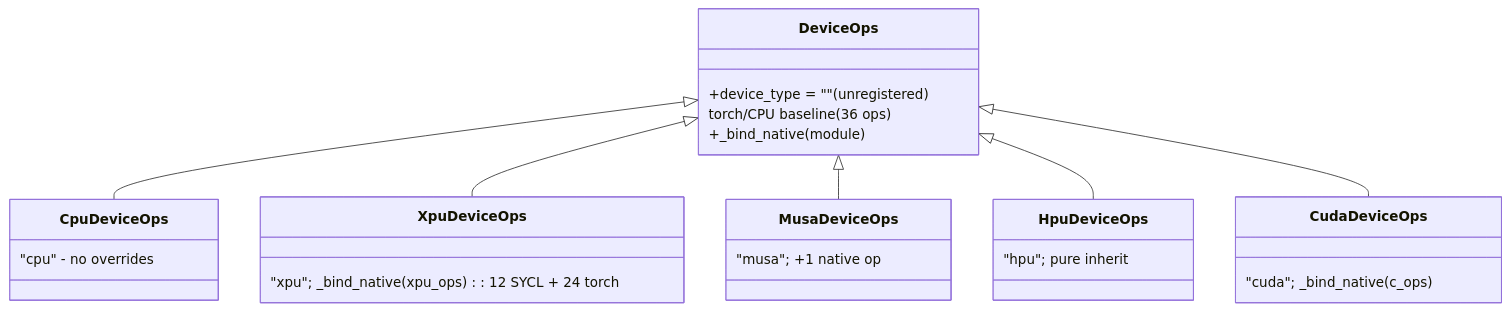
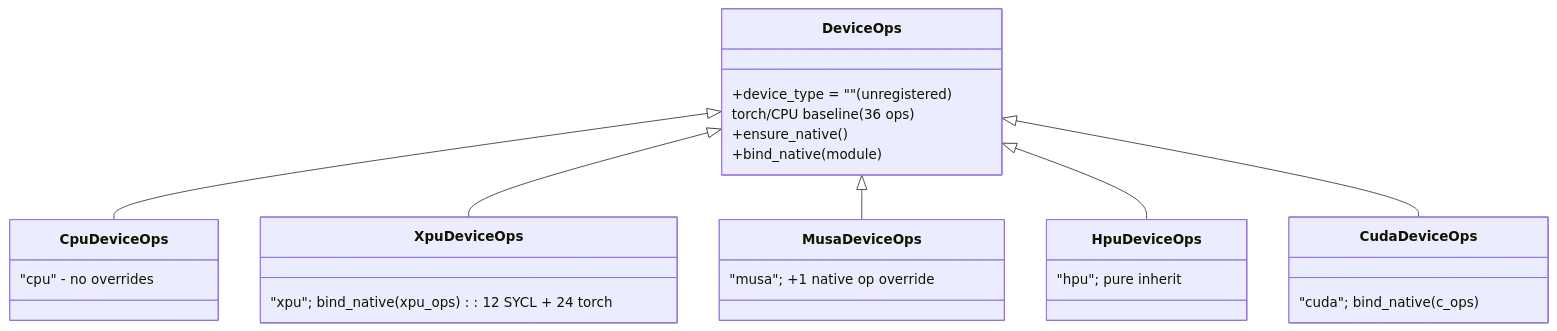
Before and after one commit to LMCache/LMCache: the diagram in docs/design/v1/platform/device_ops_design.md, drawn with Mermaid. The commit also changed other lines of this file and 12 other files, not shown here.

````diff
--- a/docs/design/v1/platform/device_ops_design.md
+++ b/docs/design/v1/platform/device_ops_design.md
@@ -158,18 +153,19 @@
 ```mermaid
 classDiagram
     DeviceOps <|-- CpuDeviceOps
     DeviceOps <|-- XpuDeviceOps
     DeviceOps <|-- MusaDeviceOps
     DeviceOps <|-- HpuDeviceOps
     DeviceOps <|-- CudaDeviceOps
     class DeviceOps {
       +device_type = "" (unregistered)
       torch/CPU baseline (36 ops)
-      +_bind_native(module)
+      +ensure_native()
+      +bind_native(module)
     }
     class CpuDeviceOps { "cpu" - no overrides }
-    class CudaDeviceOps { "cuda"; _bind_native(c_ops) }
-    class XpuDeviceOps { "xpu"; _bind_native(xpu_ops): 12 SYCL + 24 torch }
-    class MusaDeviceOps { "musa"; +1 native op }
+    class CudaDeviceOps { "cuda"; bind_native(c_ops) }
+    class XpuDeviceOps { "xpu"; bind_native(xpu_ops): 12 SYCL + 24 torch }
+    class MusaDeviceOps { "musa"; +1 native op override }
     class HpuDeviceOps { "hpu"; pure inherit }
 ```
````
